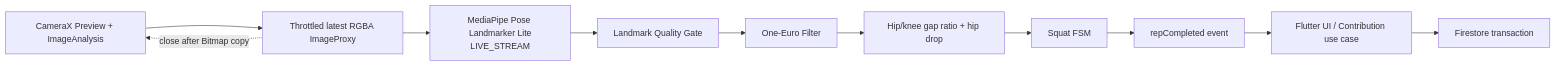
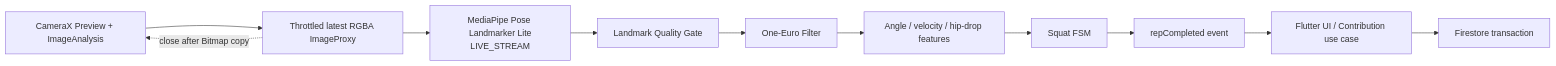
Before and after one commit to kren-team/MICHIZURE: the first of 2 diagrams in docs/squat-detection.md, drawn with Mermaid. The commit also changed other lines of this file and 7 other files, not shown here.

````diff
--- a/docs/squat-detection.md
+++ b/docs/squat-detection.md
@@ -22,16 +22,16 @@
 ```mermaid
 flowchart LR
     Camera["CameraX Preview + ImageAnalysis"]
     Frame["Throttled latest RGBA ImageProxy"]
     ML["MediaPipe Pose Landmarker Lite<br/>LIVE_STREAM"]
     Quality["Landmark Quality Gate"]
     Filter["One-Euro Filter"]
-    Feature["Hip/knee gap ratio + hip drop"]
+    Feature["Angle / velocity / hip-drop features"]
     FSM["Squat FSM"]
     Event["repCompleted event"]
     Flutter["Flutter UI / Contribution use case"]
     Firestore["Firestore transaction"]
 
     Camera --> Frame --> ML --> Quality --> Filter --> Feature --> FSM --> Event --> Flutter --> Firestore
     Frame -. close after Bitmap copy .-> Camera
 ```
````
